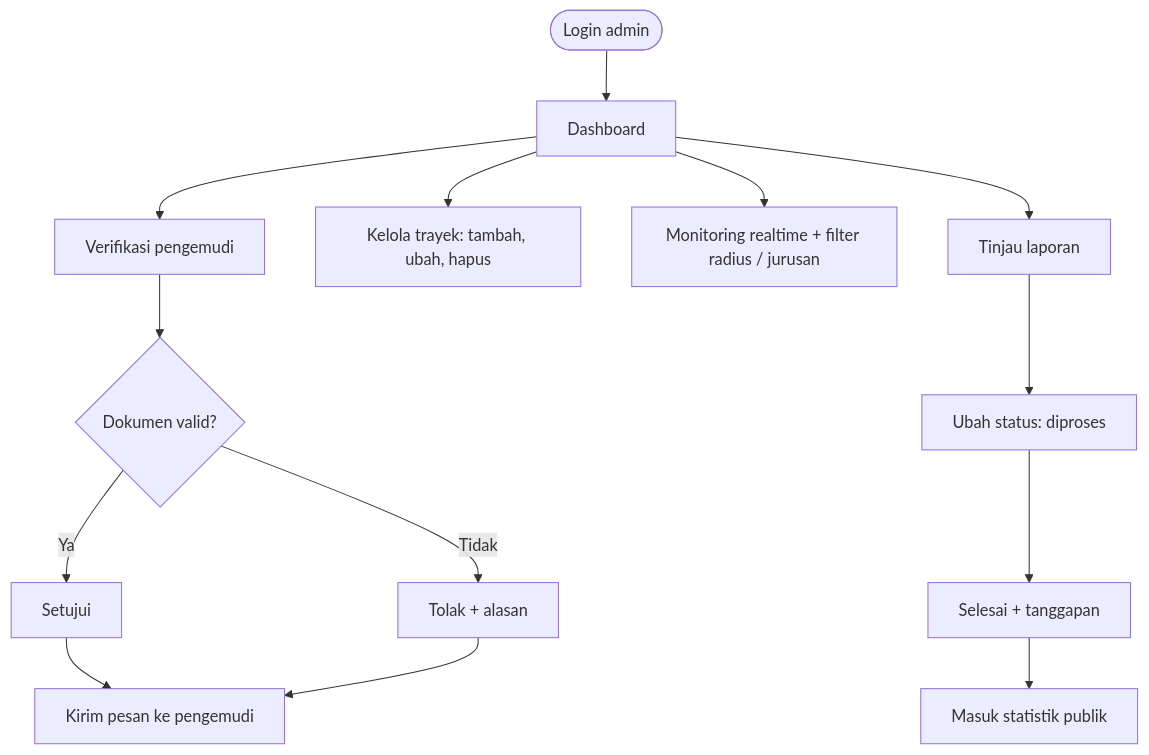
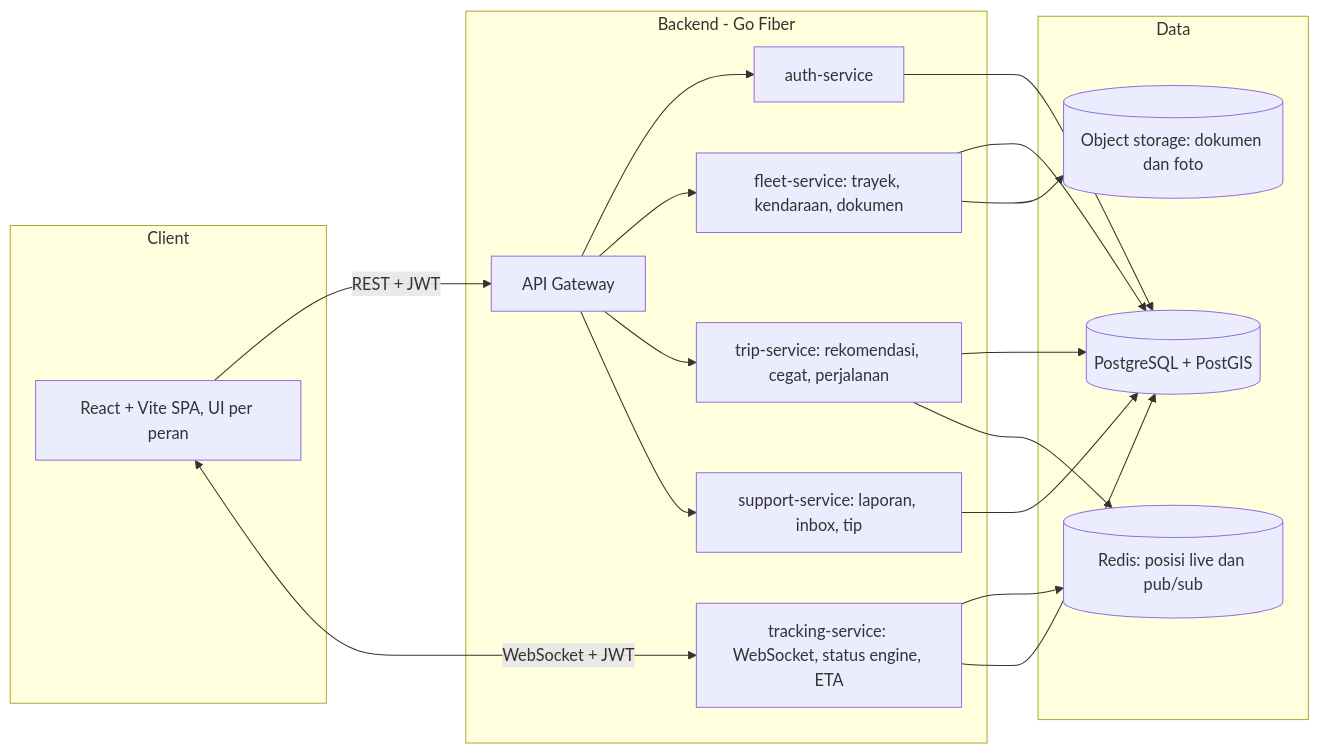
The eighth of 12 diagrams in README.md (angkot-live/angkot-live), drawn with Mermaid before and after one commit. The commit also changed other lines of this file, not shown here.

````diff
--- a/README.md
+++ b/README.md
@@ -569,20 +694,33 @@
 ```mermaid
-flowchart TD
-    A(["Login admin"]) --> B["Dashboard"]
-
-    B --> C["Verifikasi pengemudi"]
-    C --> C1{"Dokumen valid?"}
-    C1 -->|Ya| C2["Setujui"]
-    C1 -->|Tidak| C3["Tolak + alasan"]
-    C2 --> C4["Kirim pesan ke pengemudi"]
-    C3 --> C4
-
-    B --> D["Kelola trayek: tambah, ubah, hapus"]
-
-    B --> E["Monitoring realtime + filter radius / jurusan"]
-
-    B --> F["Tinjau laporan"]
-    F --> F1["Ubah status: diproses"]
-    F1 --> F2["Selesai + tanggapan"]
-    F2 --> F3["Masuk statistik publik"]
+flowchart LR
+    subgraph Client["Client"]
+        SPA["React + Vite SPA, UI per peran"]
+    end
+    subgraph Backend["Backend - Go Fiber"]
+        GW["API Gateway"]
+        AUTH["auth-service"]
+        FLEET["fleet-service: trayek, kendaraan, dokumen"]
+        TRIP["trip-service: rekomendasi, cegat, perjalanan"]
+        SUP["support-service: laporan, inbox, tip"]
+        TRACK["tracking-service: WebSocket, status engine, ETA"]
+    end
+    subgraph Data["Data"]
+        PG[("PostgreSQL + PostGIS")]
+        RD[("Redis: posisi live dan pub/sub")]
+        OBJ[("Object storage: dokumen dan foto")]
+    end
+    SPA -->|"REST + JWT"| GW
+    SPA <-->|"WebSocket + JWT"| TRACK
+    GW --> AUTH
+    GW --> FLEET
+    GW --> TRIP
+    GW --> SUP
+    AUTH --> PG
+    FLEET --> PG
+    FLEET --> OBJ
+    TRIP --> PG
+    SUP --> PG
+    TRACK --> RD
+    TRACK --> PG
+    TRIP --> RD
 ```
````
